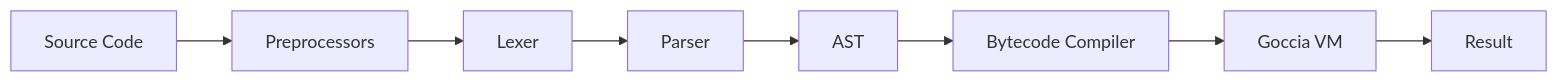
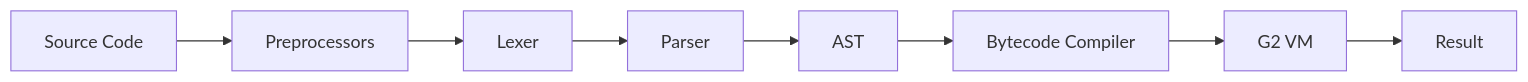
One commit to frostney/GocciaScript changed the diagram in README.md. Above: the diagram before and after it, drawn with Mermaid. The commit also changed other lines of this file and 41 other files, not shown here.

````diff
--- a/README.md
+++ b/README.md
@@ -543,5 +543,5 @@
 ```mermaid
 flowchart LR
     Source["Source Code"] --> Preprocessors["Preprocessors"] --> Lexer --> Parser --> AST
-    AST --> Compiler["Bytecode Compiler"] --> VM["Goccia VM"] --> Result["Result"]
+    AST --> Compiler["Bytecode Compiler"] --> VM["G2 VM"] --> Result["Result"]
 ```
````
